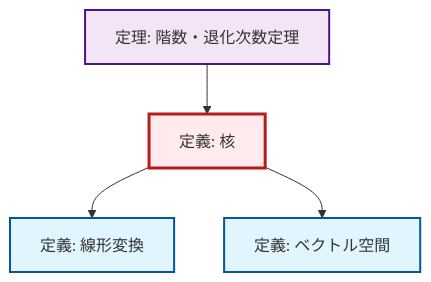
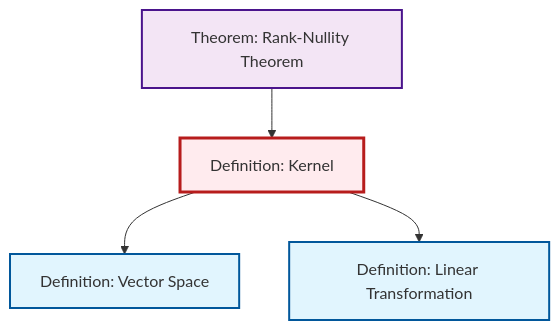
One commit to RK0429/ModernMath changed the diagram in content/ja/algebra/def-kernel.qmd. Above: the diagram before and after it, drawn with Mermaid. The commit also changed 203 other files, not shown here.

````diff
--- a/content/ja/algebra/def-kernel.qmd
+++ b/content/ja/algebra/def-kernel.qmd
@@ -47,21 +47,17 @@
 ```{mermaid}
-%%| fig-cap: "ローカル依存関係グラフ"
+%%| fig-cap: "Local dependency graph"
 graph TD
     classDef definition fill:#e1f5fe,stroke:#01579b,stroke-width:2px
     classDef theorem fill:#f3e5f5,stroke:#4a148c,stroke-width:2px
     classDef axiom fill:#fff3e0,stroke:#e65100,stroke-width:2px
     classDef example fill:#e8f5e9,stroke:#1b5e20,stroke-width:2px
     classDef current fill:#ffebee,stroke:#b71c1c,stroke-width:3px
-    def-linear-transformation["定義: 線形変換"]:::definition
-    thm-rank-nullity["定理: 階数・退化次数定理"]:::theorem
-    def-vector-space["定義: ベクトル空間"]:::definition
-    def-kernel["定義: 核"]:::definition
+    def-linear-transformation["Definition: Linear Transformation"]:::definition
+    def-vector-space["Definition: Vector Space"]:::definition
+    thm-rank-nullity["Theorem: Rank-Nullity Theorem"]:::theorem
+    def-kernel["Definition: Kernel"]:::definition
+    def-kernel --> def-vector-space
     thm-rank-nullity --> def-kernel
     def-kernel --> def-linear-transformation
-    def-kernel --> def-vector-space
     class def-kernel current
-
-    click def-linear-transformation "def-linear-transformation.html" "Go to 定義: 線形変換"
-    click thm-rank-nullity "thm-rank-nullity.html" "Go to 定理: 階数・退化次数定理"
-    click def-vector-space "def-vector-space.html" "Go to 定義: ベクトル空間"
 ```
````
